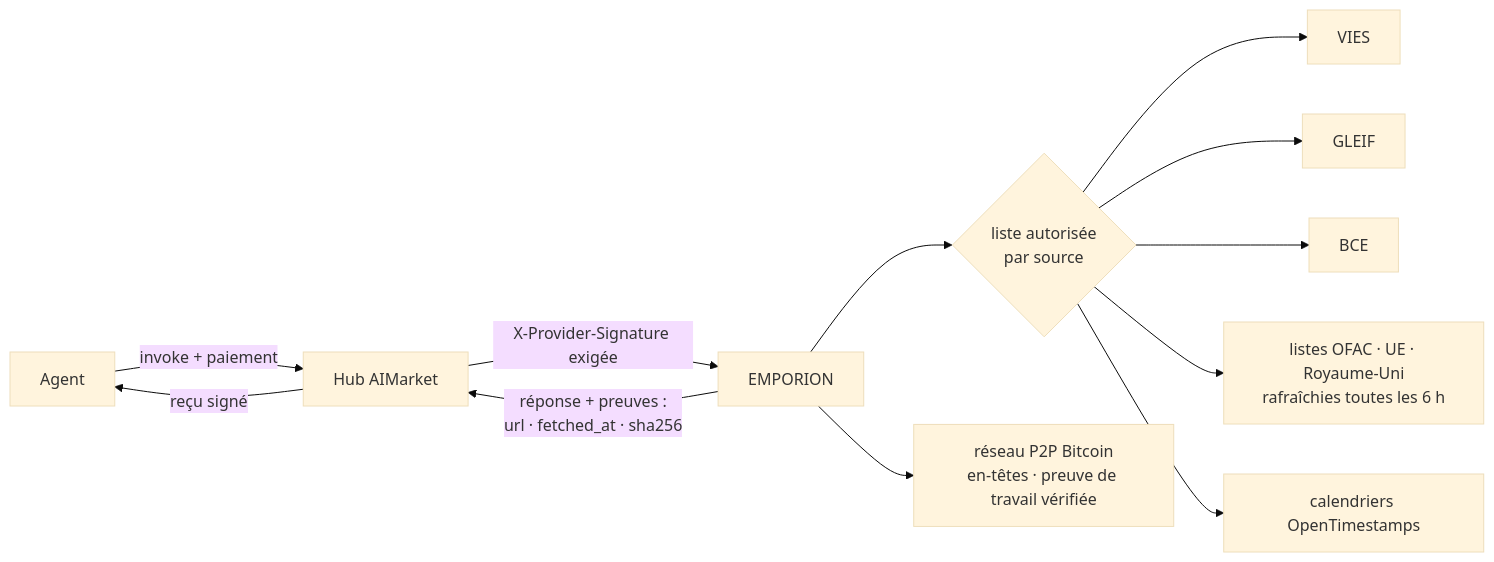
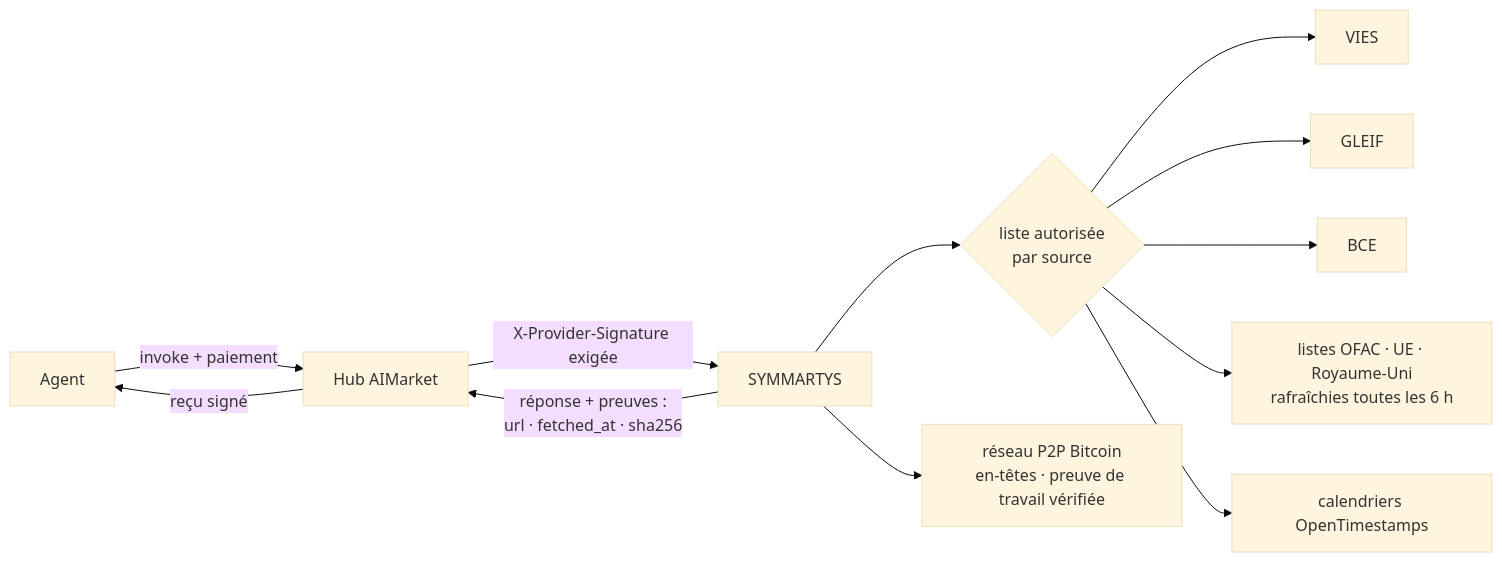
Before and after one commit to alexar76/emporion: the first of 3 diagrams in README.fr.md, drawn with Mermaid (base theme). The commit also changed other lines of this file and 65 other files, not shown here.

````diff
--- a/README.fr.md
+++ b/README.fr.md
@@ -57,14 +43,14 @@
 ```mermaid
 flowchart LR
     A[Agent] -->|invoke + paiement| H[Hub AIMarket]
-    H -->|X-Provider-Signature exigée| E[EMPORION]
+    H -->|X-Provider-Signature exigée| E[SYMMARTYS]
     E --> N{liste autorisée<br/>par source}
     N --> V[VIES]
     N --> G[GLEIF]
     N --> C[BCE]
     N --> S[listes OFAC · UE · Royaume-Uni<br/>rafraîchies toutes les 6 h]
     N --> O[calendriers OpenTimestamps]
     E --> X[réseau P2P Bitcoin<br/>en-têtes · preuve de travail vérifiée]
     E -->|réponse + preuves :<br/>url · fetched_at · sha256| H
     H -->|reçu signé| A
 ```
````
